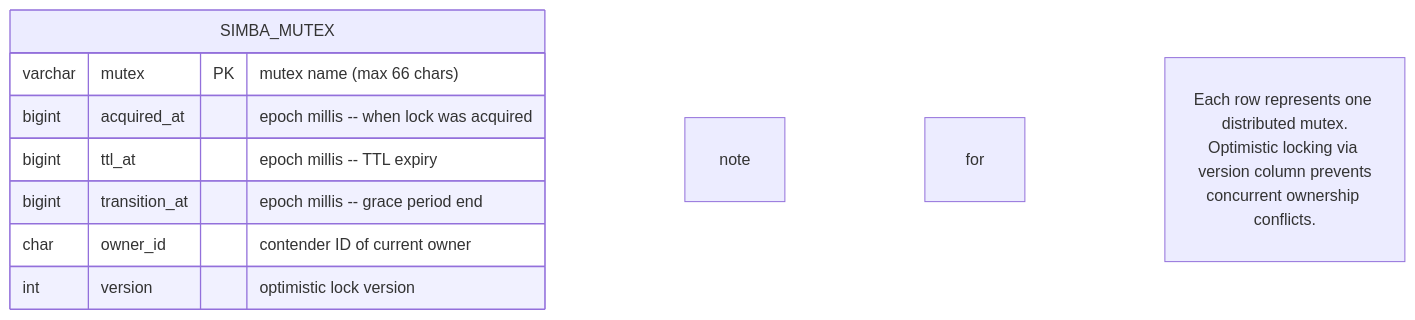
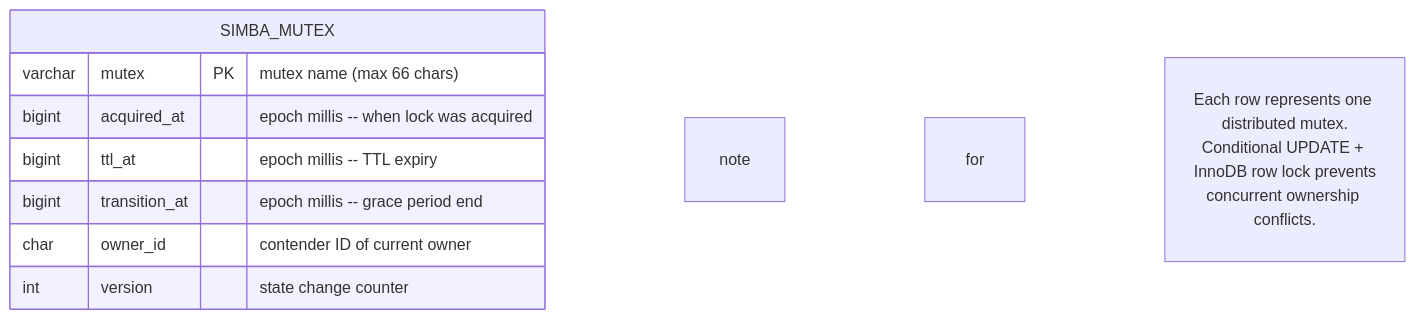
The first of 2 diagrams in wiki/modules/simba-jdbc.md (Ahoo-Wang/Simba), drawn with Mermaid before and after one commit. The commit also changed other lines of this file and 11 other files, not shown here.

````diff
--- a/wiki/modules/simba-jdbc.md
+++ b/wiki/modules/simba-jdbc.md
@@ -30,13 +32,13 @@
 ```mermaid
 erDiagram
     SIMBA_MUTEX {
         varchar mutex PK "mutex name (max 66 chars)"
         bigint acquired_at "epoch millis -- when lock was acquired"
         bigint ttl_at "epoch millis -- TTL expiry"
         bigint transition_at "epoch millis -- grace period end"
         char owner_id "contender ID of current owner"
-        int version "optimistic lock version"
+        int version "state change counter"
     }
 
-    note for SIMBA_MUTEX "Each row represents one distributed mutex.<br>Optimistic locking via version column prevents<br>concurrent ownership conflicts."
+    note for SIMBA_MUTEX "Each row represents one distributed mutex.<br>Conditional UPDATE + InnoDB row lock prevents<br>concurrent ownership conflicts."
 ```
````
